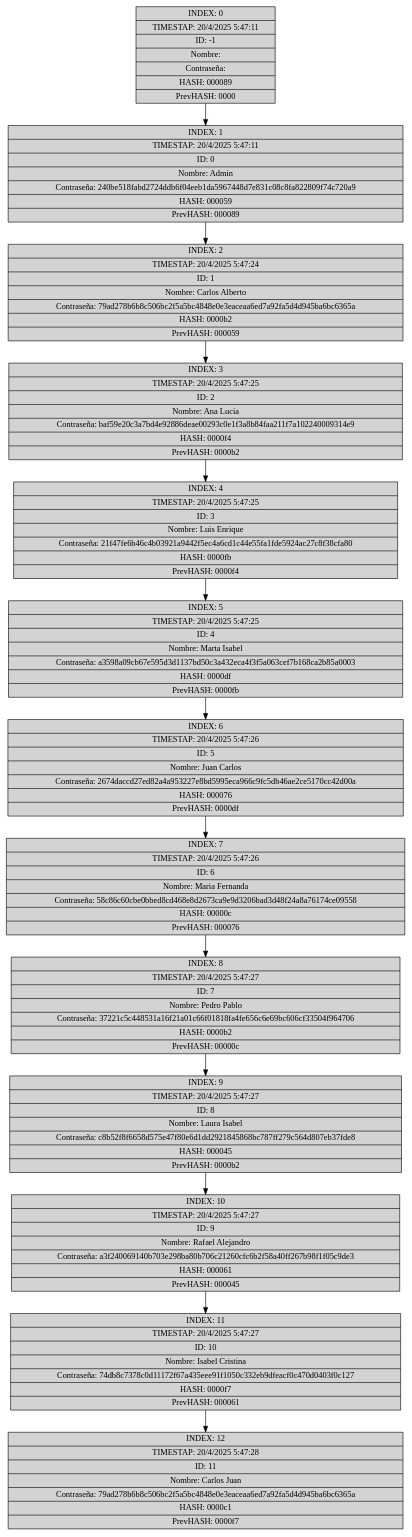
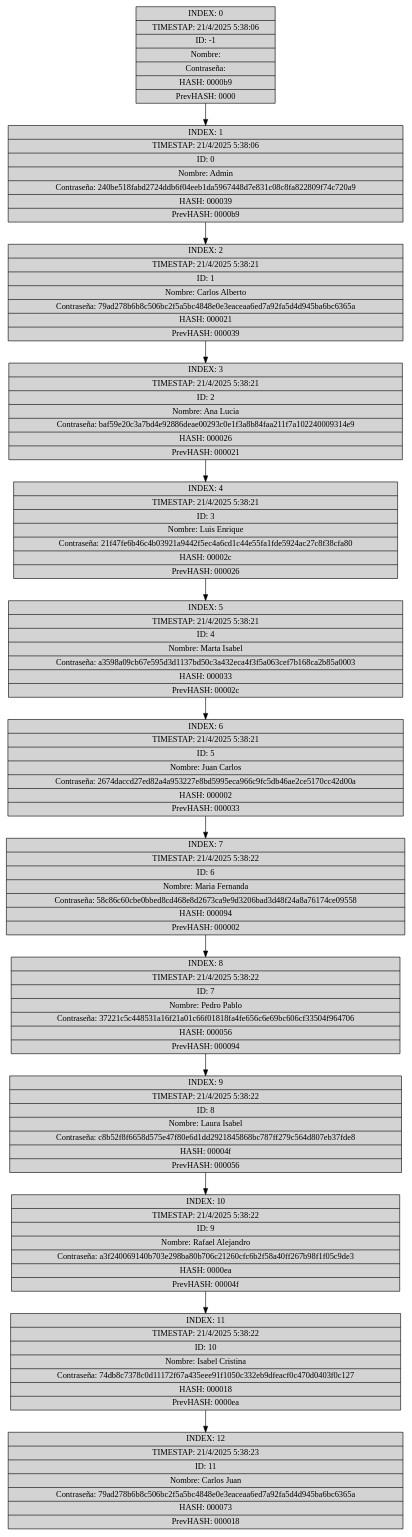
The diagram in Proyecto-Fase 3/Reportes/Block Chain.dot (Rodrigo-1504/-EDD-1S2025_202202854), drawn with Graphviz before and after one commit. The commit also changed 23 other files, not shown here.

```diff
--- a/Proyecto-Fase 3/Reportes/Block Chain.dot
+++ b/Proyecto-Fase 3/Reportes/Block Chain.dot
@@ -1,28 +1,28 @@
 digraph {
 	node[shape=record, style=filled];
-	Block0 [label="{ INDEX: 12 | TIMESTAP: 20/4/2025 5:47:28 | ID: 11 | Nombre: Carlos Juan | Contraseña: 79ad278b6b8c506bc2f5a5bc4848e0e3eaceaa6ed7a92fa5d4d945ba6bc6365a | HASH: 0000c1 | PrevHASH: 0000f7 }"]
-;	Block1 [label="{ INDEX: 11 | TIMESTAP: 20/4/2025 5:47:27 | ID: 10 | Nombre: Isabel Cristina | Contraseña: 74db8c7378c0d11172f67a435eee91f1050c332eb9dfeacf0c470d0403f0c127 | HASH: 0000f7 | PrevHASH: 000061 }"]
+	Block0 [label="{ INDEX: 12 | TIMESTAP: 21/4/2025 5:38:23 | ID: 11 | Nombre: Carlos Juan | Contraseña: 79ad278b6b8c506bc2f5a5bc4848e0e3eaceaa6ed7a92fa5d4d945ba6bc6365a | HASH: 000073 | PrevHASH: 000018 }"]
+;	Block1 [label="{ INDEX: 11 | TIMESTAP: 21/4/2025 5:38:22 | ID: 10 | Nombre: Isabel Cristina | Contraseña: 74db8c7378c0d11172f67a435eee91f1050c332eb9dfeacf0c470d0403f0c127 | HASH: 000018 | PrevHASH: 0000ea }"]
 ;	Block1 -> Block0;
-	Block2 [label="{ INDEX: 10 | TIMESTAP: 20/4/2025 5:47:27 | ID: 9 | Nombre: Rafael Alejandro | Contraseña: a3f240069140b703e298ba80b706c21260cfc6b2f58a40ff267b98f1f05c9de3 | HASH: 000061 | PrevHASH: 000045 }"]
+	Block2 [label="{ INDEX: 10 | TIMESTAP: 21/4/2025 5:38:22 | ID: 9 | Nombre: Rafael Alejandro | Contraseña: a3f240069140b703e298ba80b706c21260cfc6b2f58a40ff267b98f1f05c9de3 | HASH: 0000ea | PrevHASH: 00004f }"]
 ;	Block2 -> Block1;
-	Block3 [label="{ INDEX: 9 | TIMESTAP: 20/4/2025 5:47:27 | ID: 8 | Nombre: Laura Isabel | Contraseña: c8b52f8f6658d575e47f80e6d1dd2921845868bc787ff279c564d807eb37fde8 | HASH: 000045 | PrevHASH: 0000b2 }"]
+	Block3 [label="{ INDEX: 9 | TIMESTAP: 21/4/2025 5:38:22 | ID: 8 | Nombre: Laura Isabel | Contraseña: c8b52f8f6658d575e47f80e6d1dd2921845868bc787ff279c564d807eb37fde8 | HASH: 00004f | PrevHASH: 000056 }"]
 ;	Block3 -> Block2;
-	Block4 [label="{ INDEX: 8 | TIMESTAP: 20/4/2025 5:47:27 | ID: 7 | Nombre: Pedro Pablo | Contraseña: 37221c5c448531a16f21a01c66f01818fa4fe656c6e69bc606cf33504f964706 | HASH: 0000b2 | PrevHASH: 00000c }"]
+	Block4 [label="{ INDEX: 8 | TIMESTAP: 21/4/2025 5:38:22 | ID: 7 | Nombre: Pedro Pablo | Contraseña: 37221c5c448531a16f21a01c66f01818fa4fe656c6e69bc606cf33504f964706 | HASH: 000056 | PrevHASH: 000094 }"]
 ;	Block4 -> Block3;
-	Block5 [label="{ INDEX: 7 | TIMESTAP: 20/4/2025 5:47:26 | ID: 6 | Nombre: Maria Fernanda | Contraseña: 58c86c60cbe0bbed8cd468e8d2673ca9e9d3206bad3d48f24a8a76174ce09558 | HASH: 00000c | PrevHASH: 000076 }"]
+	Block5 [label="{ INDEX: 7 | TIMESTAP: 21/4/2025 5:38:22 | ID: 6 | Nombre: Maria Fernanda | Contraseña: 58c86c60cbe0bbed8cd468e8d2673ca9e9d3206bad3d48f24a8a76174ce09558 | HASH: 000094 | PrevHASH: 000002 }"]
 ;	Block5 -> Block4;
-	Block6 [label="{ INDEX: 6 | TIMESTAP: 20/4/2025 5:47:26 | ID: 5 | Nombre: Juan Carlos | Contraseña: 2674daccd27ed82a4a953227e8bd5995eca966c9fc5db46ae2ce5170cc42d00a | HASH: 000076 | PrevHASH: 0000df }"]
+	Block6 [label="{ INDEX: 6 | TIMESTAP: 21/4/2025 5:38:21 | ID: 5 | Nombre: Juan Carlos | Contraseña: 2674daccd27ed82a4a953227e8bd5995eca966c9fc5db46ae2ce5170cc42d00a | HASH: 000002 | PrevHASH: 000033 }"]
 ;	Block6 -> Block5;
-	Block7 [label="{ INDEX: 5 | TIMESTAP: 20/4/2025 5:47:25 | ID: 4 | Nombre: Marta Isabel | Contraseña: a3598a09cb67e595d3d1137bd50c3a432eca4f3f5a063cef7b168ca2b85a0003 | HASH: 0000df | PrevHASH: 0000fb }"]
+	Block7 [label="{ INDEX: 5 | TIMESTAP: 21/4/2025 5:38:21 | ID: 4 | Nombre: Marta Isabel | Contraseña: a3598a09cb67e595d3d1137bd50c3a432eca4f3f5a063cef7b168ca2b85a0003 | HASH: 000033 | PrevHASH: 00002c }"]
 ;	Block7 -> Block6;
-	Block8 [label="{ INDEX: 4 | TIMESTAP: 20/4/2025 5:47:25 | ID: 3 | Nombre: Luis Enrique | Contraseña: 21f47fe6b46c4b03921a9442f5ec4a6cd1c44e55fa1fde5924ac27c8f38cfa80 | HASH: 0000fb | PrevHASH: 0000f4 }"]
+	Block8 [label="{ INDEX: 4 | TIMESTAP: 21/4/2025 5:38:21 | ID: 3 | Nombre: Luis Enrique | Contraseña: 21f47fe6b46c4b03921a9442f5ec4a6cd1c44e55fa1fde5924ac27c8f38cfa80 | HASH: 00002c | PrevHASH: 000026 }"]
 ;	Block8 -> Block7;
-	Block9 [label="{ INDEX: 3 | TIMESTAP: 20/4/2025 5:47:25 | ID: 2 | Nombre: Ana Lucia | Contraseña: baf59e20c3a7bd4e92886deae00293c0e1f3a8b84faa211f7a102240009314e9 | HASH: 0000f4 | PrevHASH: 0000b2 }"]
+	Block9 [label="{ INDEX: 3 | TIMESTAP: 21/4/2025 5:38:21 | ID: 2 | Nombre: Ana Lucia | Contraseña: baf59e20c3a7bd4e92886deae00293c0e1f3a8b84faa211f7a102240009314e9 | HASH: 000026 | PrevHASH: 000021 }"]
 ;	Block9 -> Block8;
-	Block10 [label="{ INDEX: 2 | TIMESTAP: 20/4/2025 5:47:24 | ID: 1 | Nombre: Carlos Alberto | Contraseña: 79ad278b6b8c506bc2f5a5bc4848e0e3eaceaa6ed7a92fa5d4d945ba6bc6365a | HASH: 0000b2 | PrevHASH: 000059 }"]
+	Block10 [label="{ INDEX: 2 | TIMESTAP: 21/4/2025 5:38:21 | ID: 1 | Nombre: Carlos Alberto | Contraseña: 79ad278b6b8c506bc2f5a5bc4848e0e3eaceaa6ed7a92fa5d4d945ba6bc6365a | HASH: 000021 | PrevHASH: 000039 }"]
 ;	Block10 -> Block9;
-	Block11 [label="{ INDEX: 1 | TIMESTAP: 20/4/2025 5:47:11 | ID: 0 | Nombre: Admin | Contraseña: 240be518fabd2724ddb6f04eeb1da5967448d7e831c08c8fa822809f74c720a9 | HASH: 000059 | PrevHASH: 000089 }"]
+	Block11 [label="{ INDEX: 1 | TIMESTAP: 21/4/2025 5:38:06 | ID: 0 | Nombre: Admin | Contraseña: 240be518fabd2724ddb6f04eeb1da5967448d7e831c08c8fa822809f74c720a9 | HASH: 000039 | PrevHASH: 0000b9 }"]
 ;	Block11 -> Block10;
-	Block12 [label="{ INDEX: 0 | TIMESTAP: 20/4/2025 5:47:11 | ID: -1 | Nombre:  | Contraseña:  | HASH: 000089 | PrevHASH: 0000 }"]
+	Block12 [label="{ INDEX: 0 | TIMESTAP: 21/4/2025 5:38:06 | ID: -1 | Nombre:  | Contraseña:  | HASH: 0000b9 | PrevHASH: 0000 }"]
 ;	Block12 -> Block11;
 }
```
